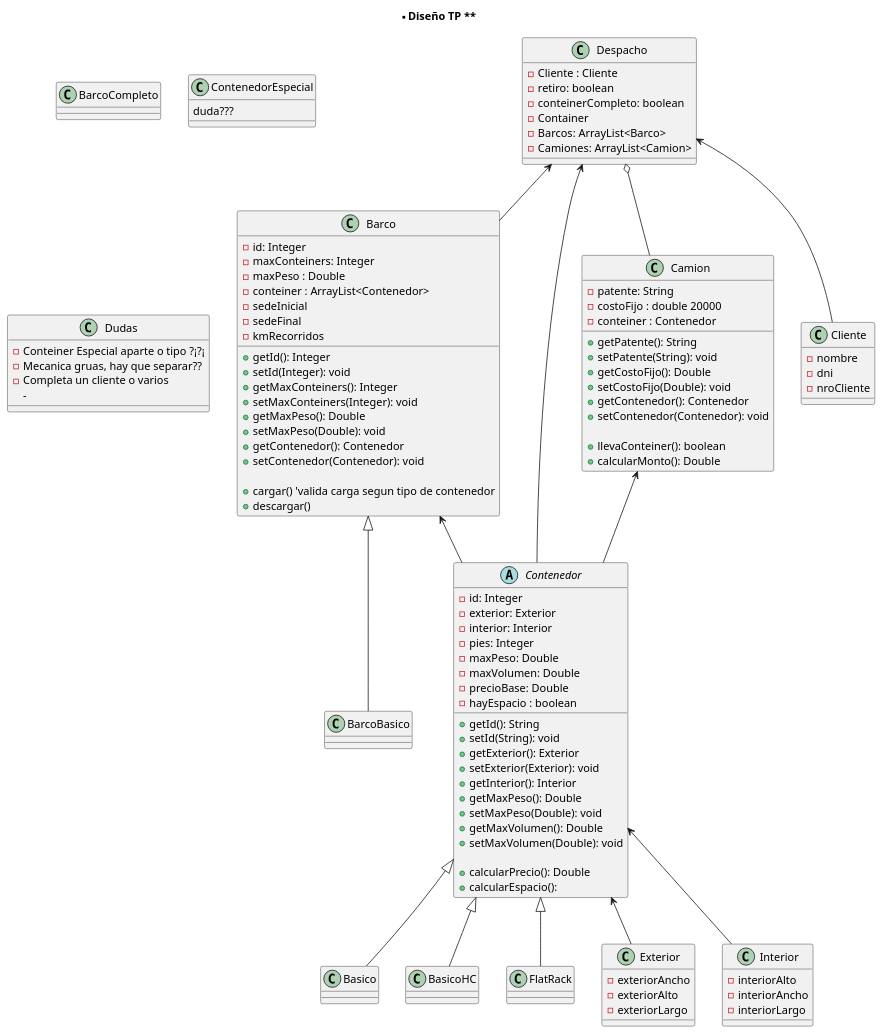
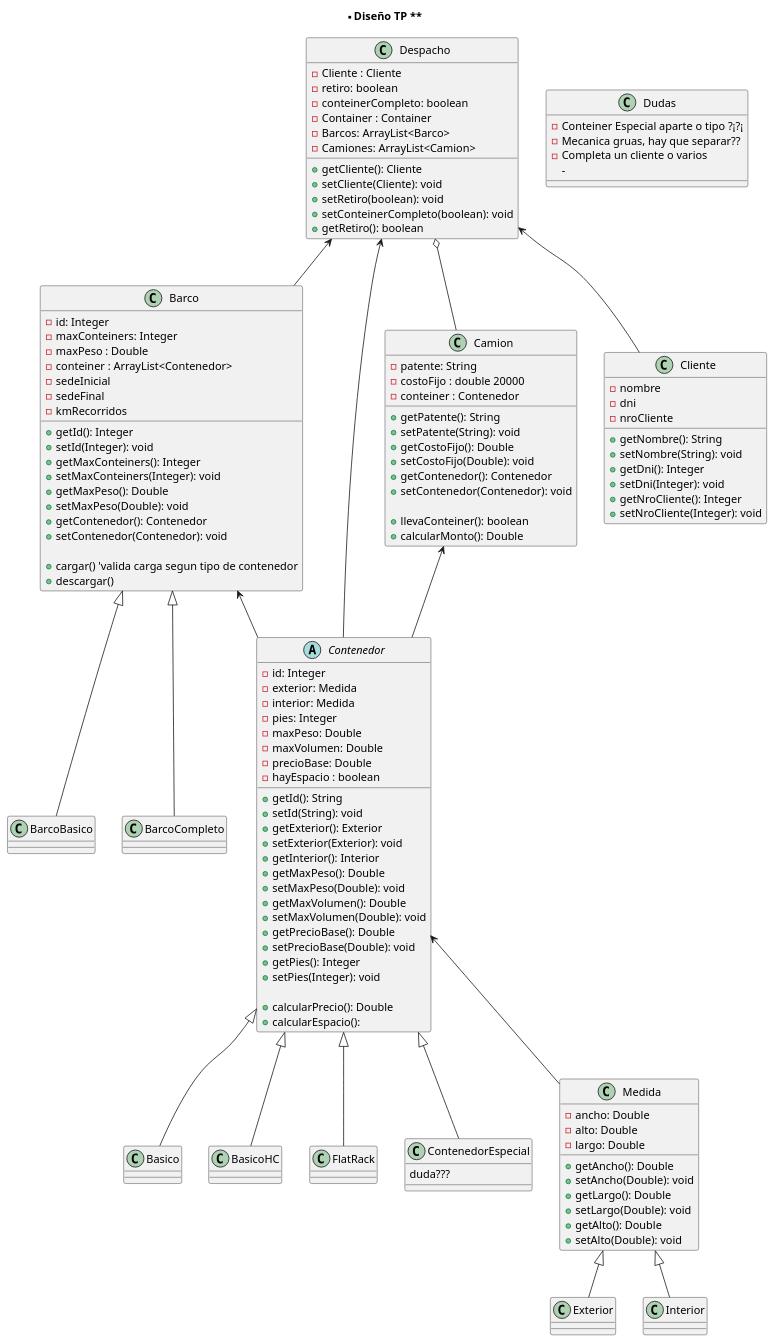
The diagram in Diagrama/TP-Containers.puml (LMontes94/TP-Containers), drawn with PlantUML before and after one commit. The commit also changed 1 other file, not shown here.

Commit message:
Puliendo UML de Clases y agregando UML de secuencia

```diff
--- a/Diagrama/TP-Containers.puml
+++ b/Diagrama/TP-Containers.puml
@@ -1,142 +1,163 @@
 @startuml
 
 title ** Diseño TP **
 
 class Barco{
    - id: Integer
    - maxConteiners: Integer
    - maxPeso : Double 
    - conteiner : ArrayList<Contenedor>
    - sedeInicial
    - sedeFinal 
    - kmRecorridos 
 
    + getId(): Integer 
    + setId(Integer): void
    + getMaxConteiners(): Integer 
    + setMaxConteiners(Integer): void
    + getMaxPeso(): Double
    + setMaxPeso(Double): void
    + getContenedor(): Contenedor
    + setContenedor(Contenedor): void
    
    + cargar() 'valida carga segun tipo de contenedor
    + descargar()
 }
 
 Barco <|-- BarcoBasico
+Barco <|-- BarcoCompleto
 Barco <-- Contenedor
 
 class BarcoBasico{
 
 }
 
 class BarcoCompleto{
 
 }
 
 class Camion{
    - patente: String 
    - costoFijo : double 20000 
    - conteiner : Contenedor 
 
    + getPatente(): String
    + setPatente(String): void
    + getCostoFijo(): Double 
    + setCostoFijo(Double): void
    + getContenedor(): Contenedor
    + setContenedor(Contenedor): void
 
    + llevaConteiner(): boolean
    + calcularMonto(): Double
 }
 
 Camion <-- Contenedor
 
 abstract Class Contenedor{
    - id: Integer 
-   - exterior: Exterior
-   - interior: Interior 
+   - exterior: Medida 
+   - interior: Medida  
    - pies: Integer 
    - maxPeso: Double 
    - maxVolumen: Double 
    - precioBase: Double
    - hayEspacio : boolean 
 
    + getId(): String 
    + setId(String): void
    + getExterior(): Exterior
    + setExterior(Exterior): void
    + getInterior(): Interior
    + getMaxPeso(): Double
    + setMaxPeso(Double): void
    + getMaxVolumen(): Double
    + setMaxVolumen(Double): void 
-
+   + getPrecioBase(): Double
+   + setPrecioBase(Double): void
+   + getPies(): Integer 
+   + setPies(Integer): void 
+   
    + calcularPrecio(): Double 
    + calcularEspacio(): 
 }
 
 
 Contenedor <|-- Basico
 Contenedor <|-- BasicoHC
 Contenedor <|-- FlatRack
-Contenedor <-- Exterior
-Contenedor <-- Interior
+Contenedor <|-- ContenedorEspecial
+Contenedor <-- Medida
+Medida <|-- Exterior 
+Medida <|-- Interior
 
 Class Basico{
 
 }
 
 Class BasicoHC{
 
 } 
 
 Class FlatRack{
 
 }
 
 class ContenedorEspecial{
    duda???
 }
 
-Class Exterior{
-   - exteriorAncho
-   - exteriorAlto
-   - exteriorLargo
-}
-
-Class Interior{
-   - interiorAlto
-   - interiorAncho
-   - interiorLargo
+Class Medida{
+   - ancho: Double 
+   - alto: Double 
+   - largo: Double 
+  
+   + getAncho(): Double 
+   + setAncho(Double): void
+   + getLargo(): Double 
+   + setLargo(Double): void 
+   + getAlto(): Double 
+   + setAlto(Double): void
 }
 
 class Cliente{
    - nombre
    - dni
    - nroCliente 
+   
+   + getNombre(): String 
+   + setNombre(String): void
+   + getDni(): Integer 
+   + setDni(Integer): void
+   + getNroCliente(): Integer 
+   + setNroCliente(Integer): void
 
 }
 
 class Despacho{
    - Cliente : Cliente 
    - retiro: boolean 
    - conteinerCompleto: boolean  
-   - Container  
+   - Container : Container 
    - Barcos: ArrayList<Barco>
    - Camiones: ArrayList<Camion>
+
+   + getCliente(): Cliente 
+   + setCliente(Cliente): void
+   + setRetiro(boolean): void
+   + setConteinerCompleto(boolean): void
+   + getRetiro(): boolean
 }
 
 Despacho <-- Cliente
 Despacho o-- Camion
 Despacho <-- Barco
 Despacho <-- Contenedor
 
 class Dudas{ 
    - Conteiner Especial aparte o tipo ?¡?¡
    - Mecanica gruas, hay que separar??
    - Completa un cliente o varios
    -
 }
 @enduml
```
